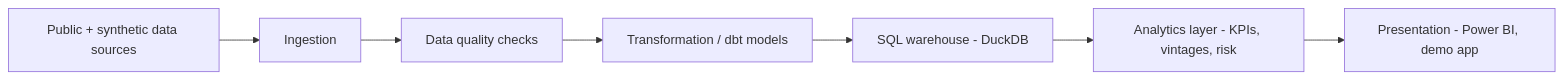
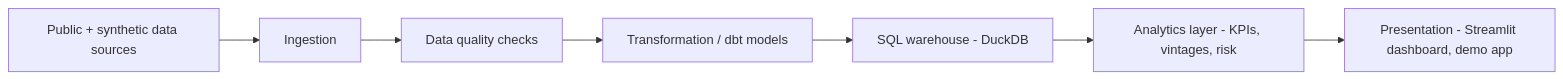
Before and after one commit to FilipePessoa30/CredLens: the diagram in README.md, drawn with Mermaid. The commit also changed other lines of this file and 115 other files, not shown here.

````diff
--- a/README.md
+++ b/README.md
@@ -116,9 +112,9 @@
 ```mermaid
 flowchart LR
     A[Public + synthetic data sources] --> B[Ingestion]
     B --> C[Data quality checks]
     C --> D[Transformation / dbt models]
     D --> E[SQL warehouse - DuckDB]
     E --> F[Analytics layer - KPIs, vintages, risk]
-    F --> G[Presentation - Power BI, demo app]
+    F --> G[Presentation - Streamlit dashboard, demo app]
 ```
````
